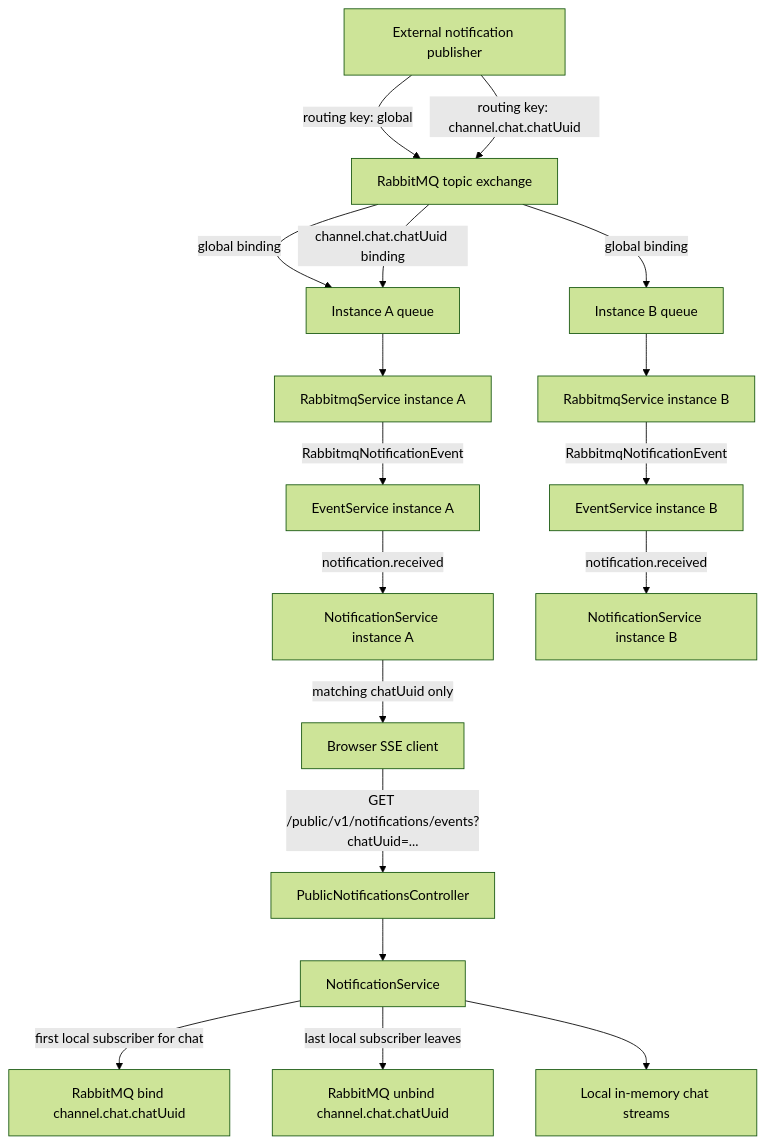
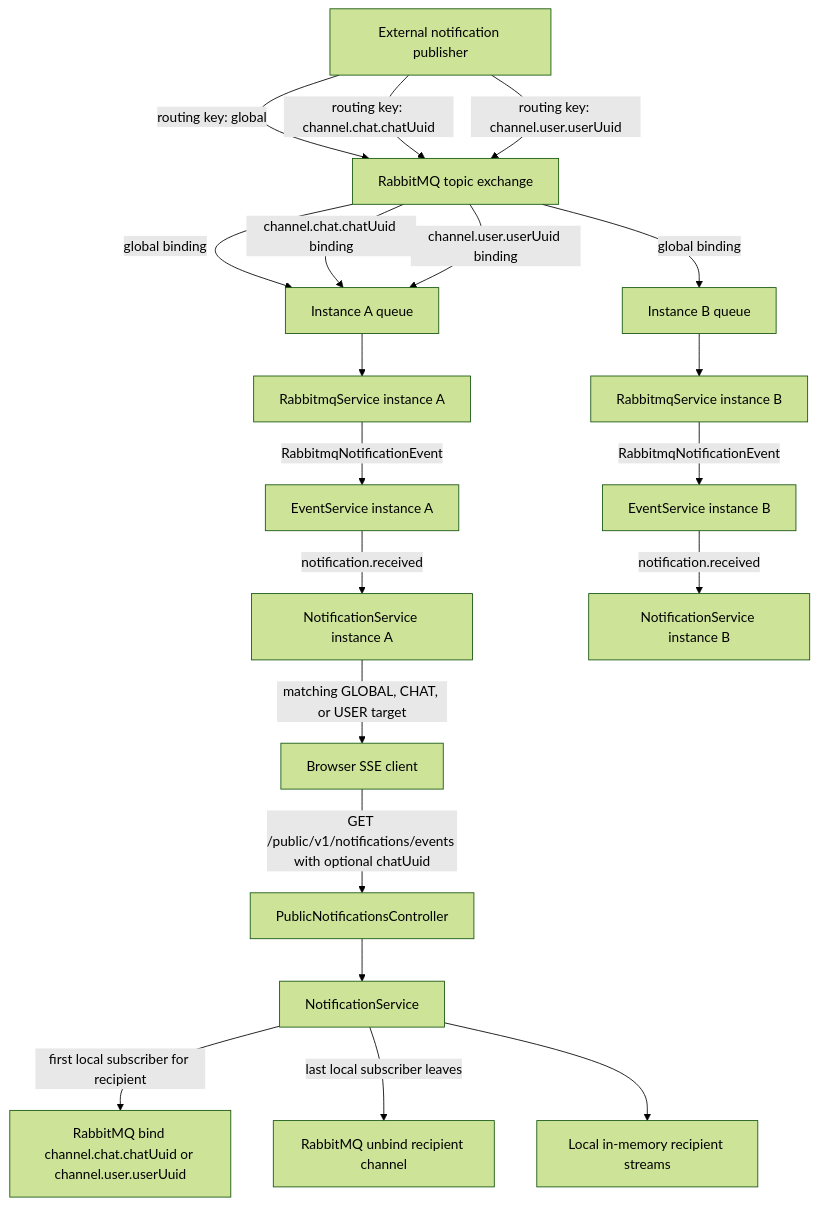
The first of 3 diagrams in README.md (buerokratt/notifications-node), drawn with Mermaid (forest theme) before and after one commit. The commit also changed other lines of this file and 36 other files, not shown here.

Commit message:
feat(18): add USER recipient support with Web Push

````diff
--- a/README.md
+++ b/README.md
@@ -28,27 +40,29 @@
 ```mermaid
 flowchart TD
-  Client[Browser SSE client] -->|GET /public/v1/notifications/events?chatUuid=...| Controller[PublicNotificationsController]
+  Client[Browser SSE client] -->|GET /public/v1/notifications/events with optional chatUuid| Controller[PublicNotificationsController]
   Controller --> Service[NotificationService]
 
-  Service -->|first local subscriber for chat| Bind[RabbitMQ bind channel.chat.chatUuid]
-  Service -->|last local subscriber leaves| Unbind[RabbitMQ unbind channel.chat.chatUuid]
-  Service --> Streams[Local in-memory chat streams]
+  Service -->|first local subscriber for recipient| Bind[RabbitMQ bind channel.chat.chatUuid or channel.user.userUuid]
+  Service -->|last local subscriber leaves| Unbind[RabbitMQ unbind recipient channel]
+  Service --> Streams[Local in-memory recipient streams]
 
   Publisher[External notification publisher] -->|routing key: global| Exchange[RabbitMQ topic exchange]
   Publisher -->|routing key: channel.chat.chatUuid| Exchange
+  Publisher -->|routing key: channel.user.userUuid| Exchange
 
   Exchange -->|global binding| QueueA[Instance A queue]
   Exchange -->|global binding| QueueB[Instance B queue]
   Exchange -->|channel.chat.chatUuid binding| QueueA
+  Exchange -->|channel.user.userUuid binding| QueueA
 
   QueueA --> RabbitConsumerA[RabbitmqService instance A]
   QueueB --> RabbitConsumerB[RabbitmqService instance B]
 
   RabbitConsumerA -->|RabbitmqNotificationEvent| EventServiceA[EventService instance A]
   RabbitConsumerB -->|RabbitmqNotificationEvent| EventServiceB[EventService instance B]
 
   EventServiceA -->|notification.received| NotificationA[NotificationService instance A]
   EventServiceB -->|notification.received| NotificationB[NotificationService instance B]
 
-  NotificationA -->|matching chatUuid only| Client
+  NotificationA -->|matching GLOBAL, CHAT, or USER target| Client
 ```
````
